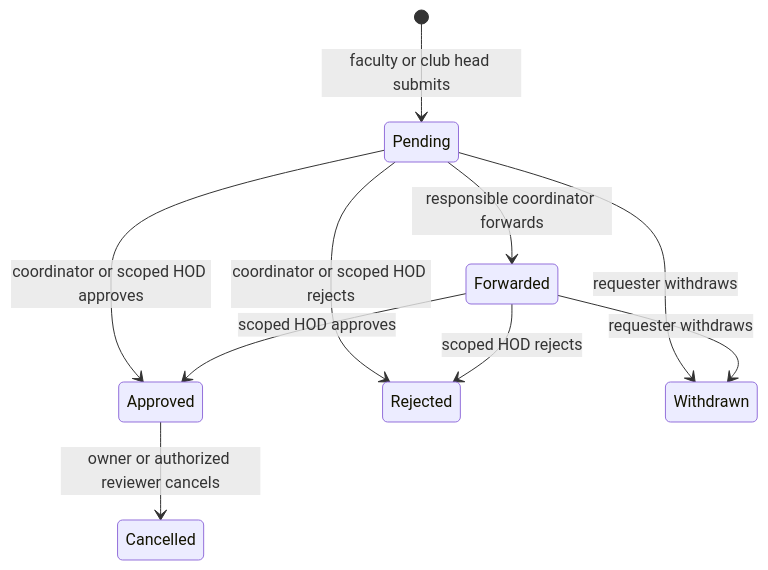
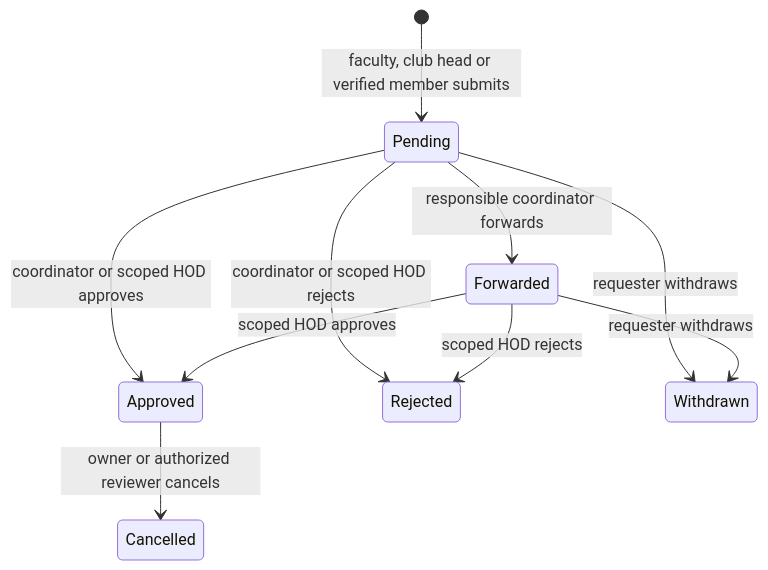
The third of 9 diagrams in docs/rework/system-and-workflows.md (priyanshurawat15-dev/QuickSlot-Smart-Free-Slot-Finder), drawn with Mermaid before and after one commit. The commit also changed other lines of this file and 6 other files, not shown here.

````diff
--- a/docs/rework/system-and-workflows.md
+++ b/docs/rework/system-and-workflows.md
@@ -42,12 +42,12 @@
 ```mermaid
 stateDiagram-v2
-    [*] --> Pending: faculty or club head submits
+    [*] --> Pending: faculty, club head or verified member submits
     Pending --> Forwarded: responsible coordinator forwards
     Pending --> Approved: coordinator or scoped HOD approves
     Pending --> Rejected: coordinator or scoped HOD rejects
     Forwarded --> Approved: scoped HOD approves
     Forwarded --> Rejected: scoped HOD rejects
     Pending --> Withdrawn: requester withdraws
     Forwarded --> Withdrawn: requester withdraws
     Approved --> Cancelled: owner or authorized reviewer cancels
 ```
````
